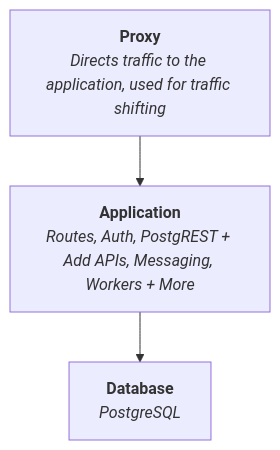
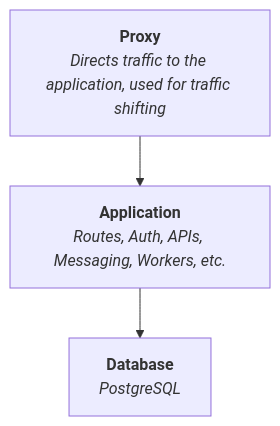
Before and after one commit to explodinglabs/superstack: the diagram in README.md, drawn with Mermaid. The commit also changed other lines of this file, not shown here.

````diff
--- a/README.md
+++ b/README.md
@@ -15,6 +15,6 @@
 ```mermaid
 flowchart TD
     Proxy["<b>Proxy</b><br><i>Directs traffic to the application, used for traffic shifting</i>"]
-    Proxy --> App["<b>Application</b><br><i>Routes, Auth, PostgREST + Add APIs, Messaging, Workers + More</i>"]
+    Proxy --> App["<b>Application</b><br><i>Routes, Auth, APIs, Messaging, Workers, etc.</i>"]
     App --> Database["<b>Database</b><br><i>PostgreSQL</i>"]
 ```
````
